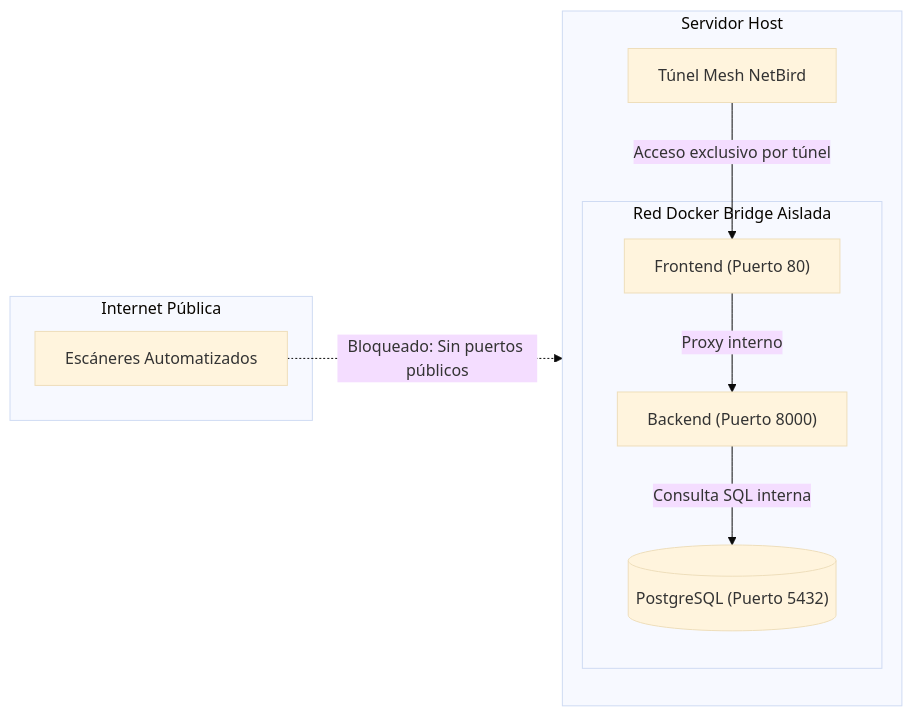
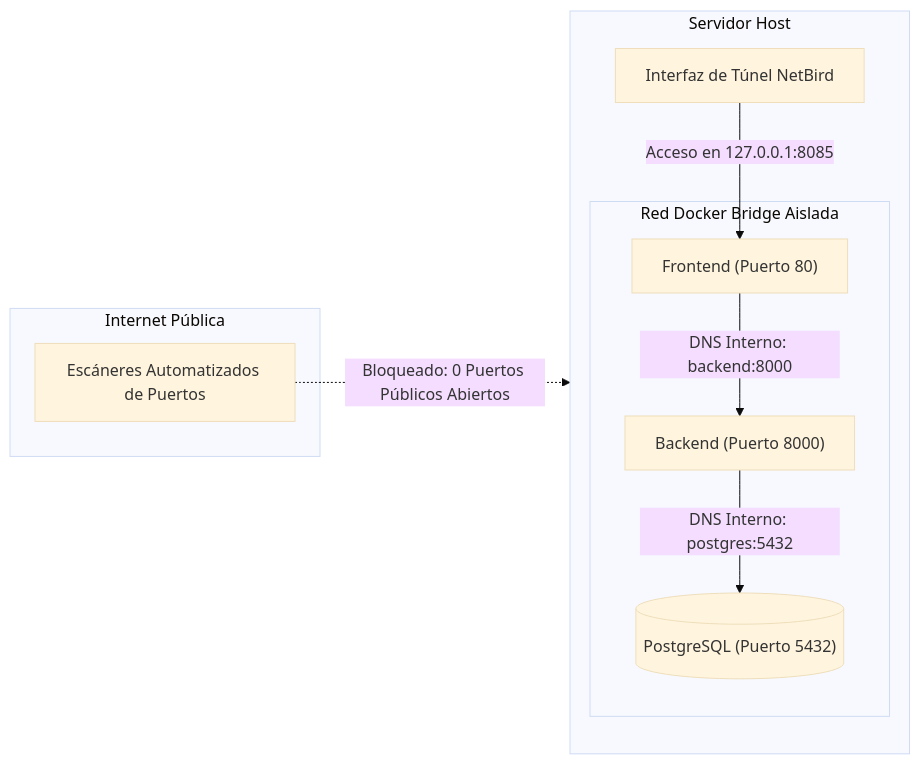
One commit to Pascal-Thommen/pascal-thommen.github.io changed the third of 4 diagrams in content/posts/upa-campus-app-architecture-part-2/index.es.md. Above: the diagram before and after it, drawn with Mermaid (base theme). The commit also changed other lines of this file and 20 other files, not shown here.

Commit message:
feat(posts): refine UPA Campus App architecture series with holistic webapp mental model and specification depth

````diff
--- a/content/posts/upa-campus-app-architecture-part-2/index.es.md
+++ b/content/posts/upa-campus-app-architecture-part-2/index.es.md
@@ -218,18 +211,18 @@
 ```mermaid
 flowchart LR
     subgraph PublicInternet["Internet Pública"]
-        Attacker["Escáneres Automatizados"]
+        Attacker["Escáneres Automatizados de Puertos"]
     end
     subgraph HostServer["Servidor Host"]
-        NetBird["Túnel Mesh NetBird"]
+        NetBird["Interfaz de Túnel NetBird"]
         subgraph DockerBridge["Red Docker Bridge Aislada"]
             Frontend["Frontend (Puerto 80)"]
             Backend["Backend (Puerto 8000)"]
             DB[("PostgreSQL (Puerto 5432)")]
         end
     end
-    Attacker -.->|Bloqueado: Sin puertos públicos| HostServer
-    NetBird -->|Acceso exclusivo por túnel| Frontend
-    Frontend -->|Proxy interno| Backend
-    Backend -->|Consulta SQL interna| DB
+    Attacker -.->|Bloqueado: 0 Puertos Públicos Abiertos| HostServer
+    NetBird -->|Acceso en 127.0.0.1:8085| Frontend
+    Frontend -->|DNS Interno: backend:8000| Backend
+    Backend -->|DNS Interno: postgres:5432| DB
 ```
````
